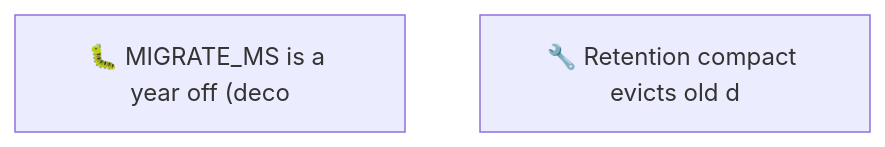
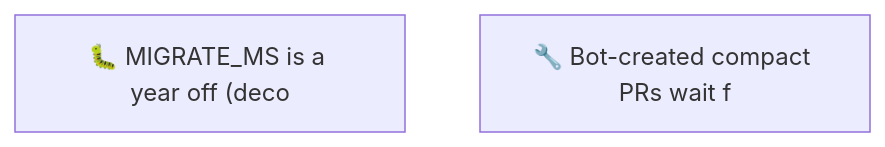
Before and after one commit to SpillwaveSolutions/wiki_ticket_sdd: the second of 2 diagrams in docs/roadmap.md, drawn with Mermaid. The commit also changed other lines of this file and 26 other files, not shown here.

First line of the commit message:
feat: compact archives old closed items, never deletes (01M19XRRZ2894K7XE59RX1EAY1)

````diff
--- a/docs/roadmap.md
+++ b/docs/roadmap.md
@@ -62,5 +62,5 @@
 ```mermaid
 graph TD
     01M19XRRWXHM72JBY29FQRRMEJ["🐛 MIGRATE_MS is a year off (deco"]
-    01M19XRRZ2894K7XE59RX1EAY1["🔧 Retention compact evicts old d"]
+    01M1A0SNQQYZHGR7P8R35YFR71["🔧 Bot-created compact PRs wait f"]
 ```
````
